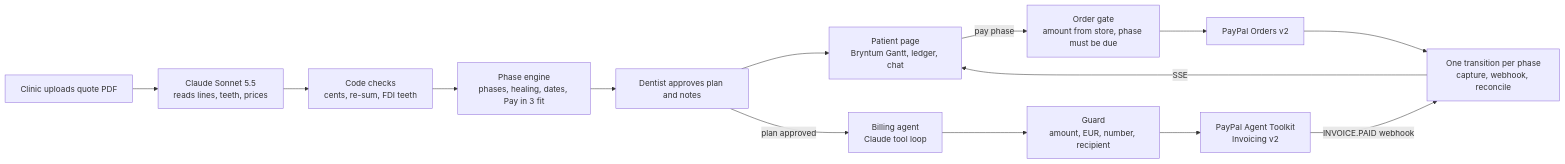
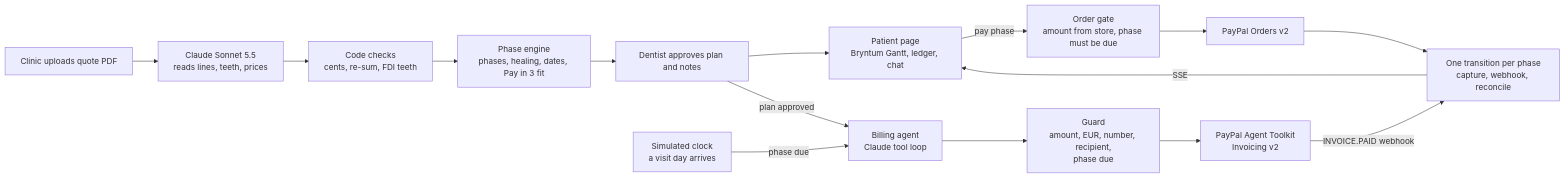
One commit to lgarbayo/payperphase changed the diagram in README.md. Above: the diagram before and after it, drawn with Mermaid. The commit also changed other lines of this file and 10 other files, not shown here.

First line of the commit message:
docs: describe phase invoices issued on their visit day

````diff
--- a/README.md
+++ b/README.md
@@ -119,16 +119,17 @@
 ```mermaid
 flowchart LR
   PDF["Clinic uploads quote PDF"] --> EXT["Claude Sonnet 5.5<br/>reads lines, teeth, prices"]
   EXT --> CHK["Code checks<br/>cents, re-sum, FDI teeth"]
   CHK --> ENG["Phase engine<br/>phases, healing, dates, Pay in 3 fit"]
   ENG --> APP["Dentist approves plan and notes"]
   APP --> PAT["Patient page<br/>Bryntum Gantt, ledger, chat"]
   PAT -->|pay phase| GATE["Order gate<br/>amount from store, phase must be due"]
   GATE --> ORD["PayPal Orders v2"]
   ORD --> TR["One transition per phase<br/>capture, webhook, reconcile"]
   TR -->|SSE| PAT
   APP -->|plan approved| AG["Billing agent<br/>Claude tool loop"]
-  AG --> GUARD["Guard<br/>amount, EUR, number, recipient"]
+  CLK["Simulated clock<br/>a visit day arrives"] -->|phase due| AG
+  AG --> GUARD["Guard<br/>amount, EUR, number, recipient,<br/>phase due"]
   GUARD --> TK["PayPal Agent Toolkit<br/>Invoicing v2"]
   TK -->|INVOICE.PAID webhook| TR
 ```
````
